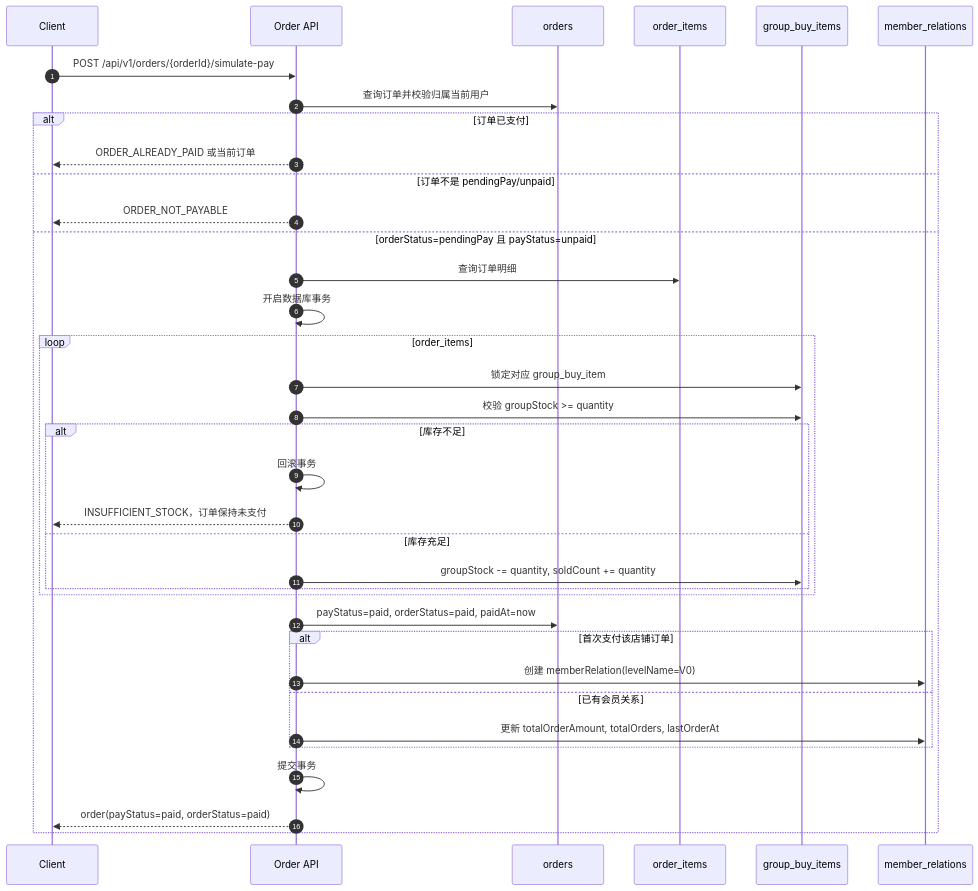
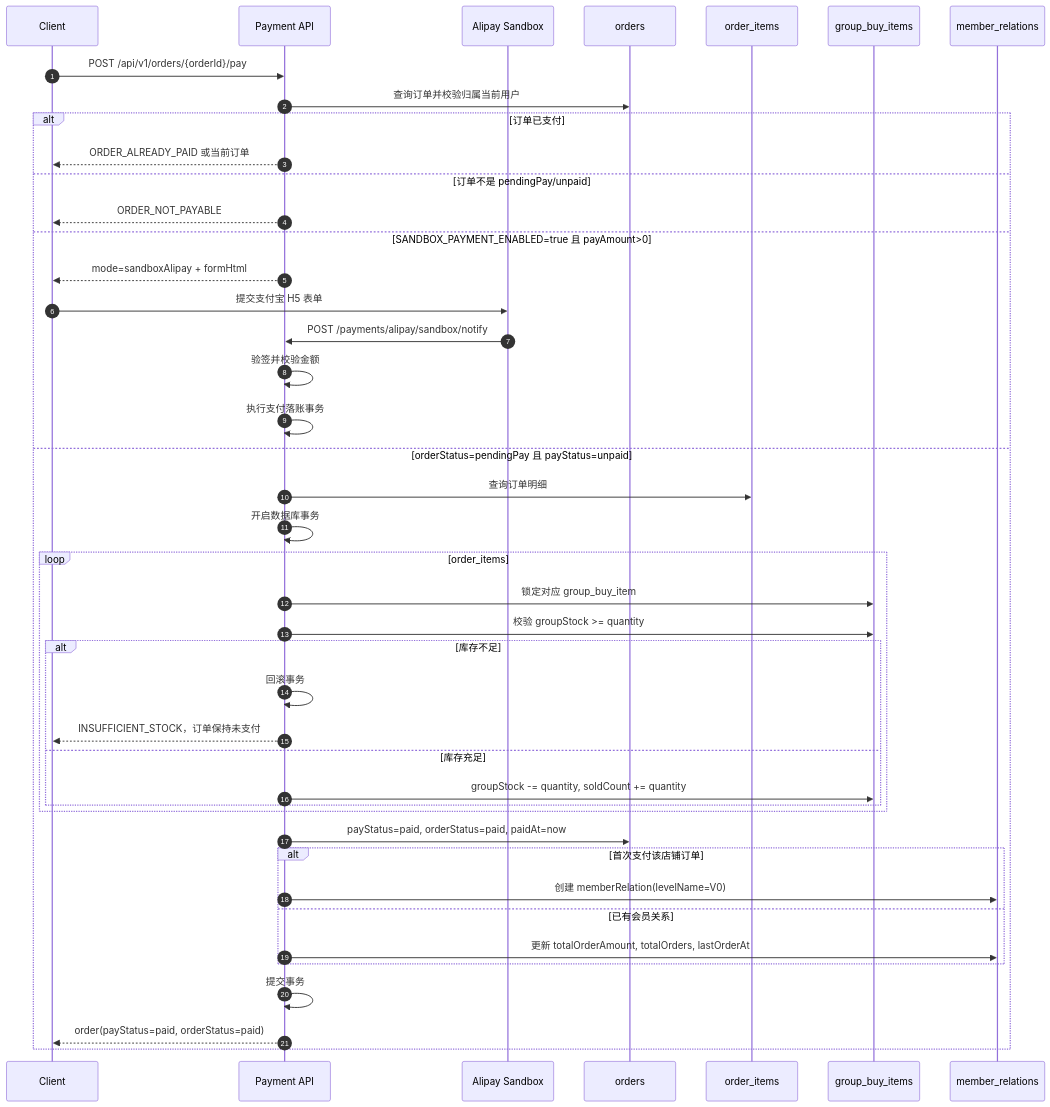
The fifth of 8 diagrams in docs/API设计.md (Zesuy/social-group-buying-platform), drawn with Mermaid before and after one commit. The commit also changed other lines of this file and 60 other files, not shown here.

Commit message:
feat: add sandbox alipay payment flow

````diff
--- a/docs/API设计.md
+++ b/docs/API设计.md
@@ -2989,39 +3027,46 @@
 ```mermaid
 sequenceDiagram
     autonumber
     participant C as Client
-    participant API as Order API
+    participant API as Payment API
+    participant ALI as Alipay Sandbox
     participant O as orders
     participant OI as order_items
     participant GI as group_buy_items
     participant M as member_relations
 
-    C->>API: POST /api/v1/orders/{orderId}/simulate-pay
+    C->>API: POST /api/v1/orders/{orderId}/pay
     API->>O: 查询订单并校验归属当前用户
     alt 订单已支付
         API-->>C: ORDER_ALREADY_PAID 或当前订单
     else 订单不是 pendingPay/unpaid
         API-->>C: ORDER_NOT_PAYABLE
+    else SANDBOX_PAYMENT_ENABLED=true 且 payAmount>0
+        API-->>C: mode=sandboxAlipay + formHtml
+        C->>ALI: 提交支付宝 H5 表单
+        ALI->>API: POST /payments/alipay/sandbox/notify
+        API->>API: 验签并校验金额
+        API->>API: 执行支付落账事务
     else orderStatus=pendingPay 且 payStatus=unpaid
         API->>OI: 查询订单明细
         API->>API: 开启数据库事务
         loop order_items
             API->>GI: 锁定对应 group_buy_item
             API->>GI: 校验 groupStock >= quantity
             alt 库存不足
                 API->>API: 回滚事务
                 API-->>C: INSUFFICIENT_STOCK，订单保持未支付
             else 库存充足
                 API->>GI: groupStock -= quantity, soldCount += quantity
             end
         end
         API->>O: payStatus=paid, orderStatus=paid, paidAt=now
         alt 首次支付该店铺订单
             API->>M: 创建 memberRelation(levelName=V0)
         else 已有会员关系
             API->>M: 更新 totalOrderAmount, totalOrders, lastOrderAt
         end
         API->>API: 提交事务
         API-->>C: order(payStatus=paid, orderStatus=paid)
     end
 ```
````
